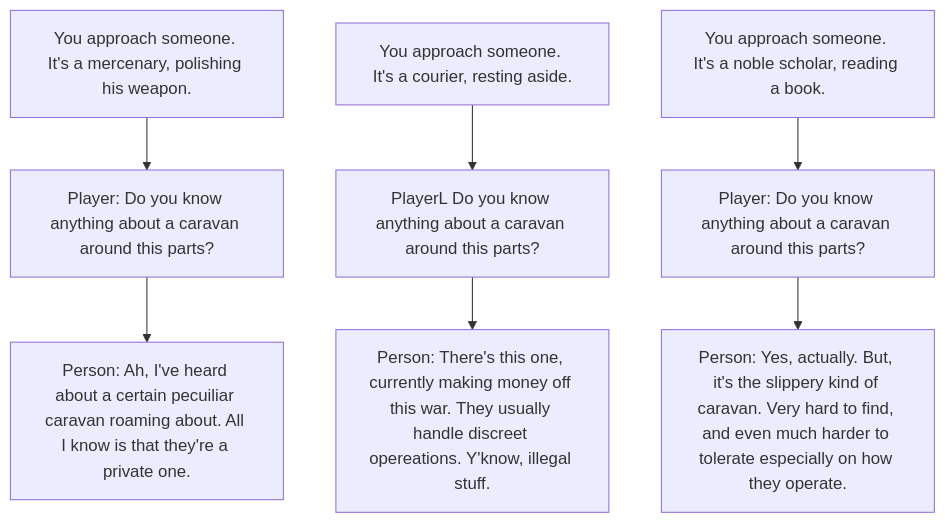
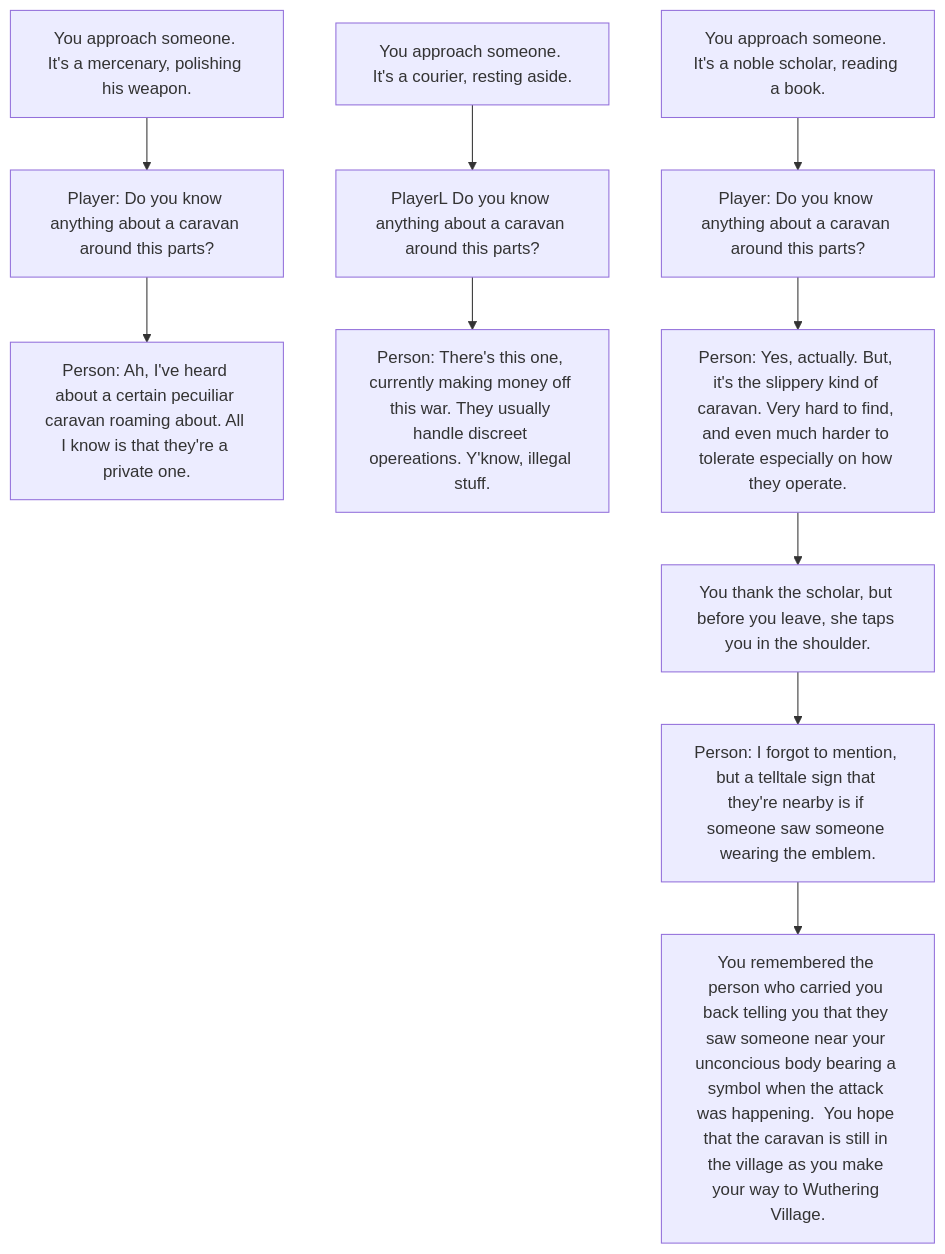
Diagram 11 of 31 in wiki/Quest.md (pacalso-jjc/2425-2nd-cc3-1e-rpg), drawn with Mermaid before and after one commit. The commit also changed other lines of this file, not shown here.

````diff
--- a/wiki/Quest.md
+++ b/wiki/Quest.md
@@ -426,15 +426,18 @@
 ```mermaid
 flowchart TD
   A[You approach someone. It's a mercenary, polishing his weapon.]
   A --> B[Player: Do you know anything about a caravan around this parts?]
   B --> C[Person: Ah, I've heard about a certain pecuiliar caravan roaming about. All I know is that they're a private one.]
 
   D[You approach someone. It's a courier, resting aside.]
   D --> E[PlayerL Do you know anything about a caravan around this parts?]
   E --> F[Person: There's this one, currently making money off this war. They usually handle discreet opereations. Y'know, illegal stuff.]
 
   G[You approach someone. It's a noble scholar, reading a book.]
   G --> H[Player: Do you know anything about a caravan around this parts?]
   H --> I[Person: Yes, actually. But, it's the slippery kind of caravan. Very hard to find, and even much harder to tolerate especially on how they operate.]
+  I --> J[You thank the scholar, but before you leave, she taps you in the shoulder.]
+  J --> K[Person: I forgot to mention, but a telltale sign that they're nearby is if someone saw someone wearing the emblem.]
+  K --> L[You remembered the person who carried you back telling you that they saw someone near your unconcious body bearing a symbol when the attack was happening.  You hope that the caravan is still in the village as you make your way to Wuthering Village.]
 
 ```
````
